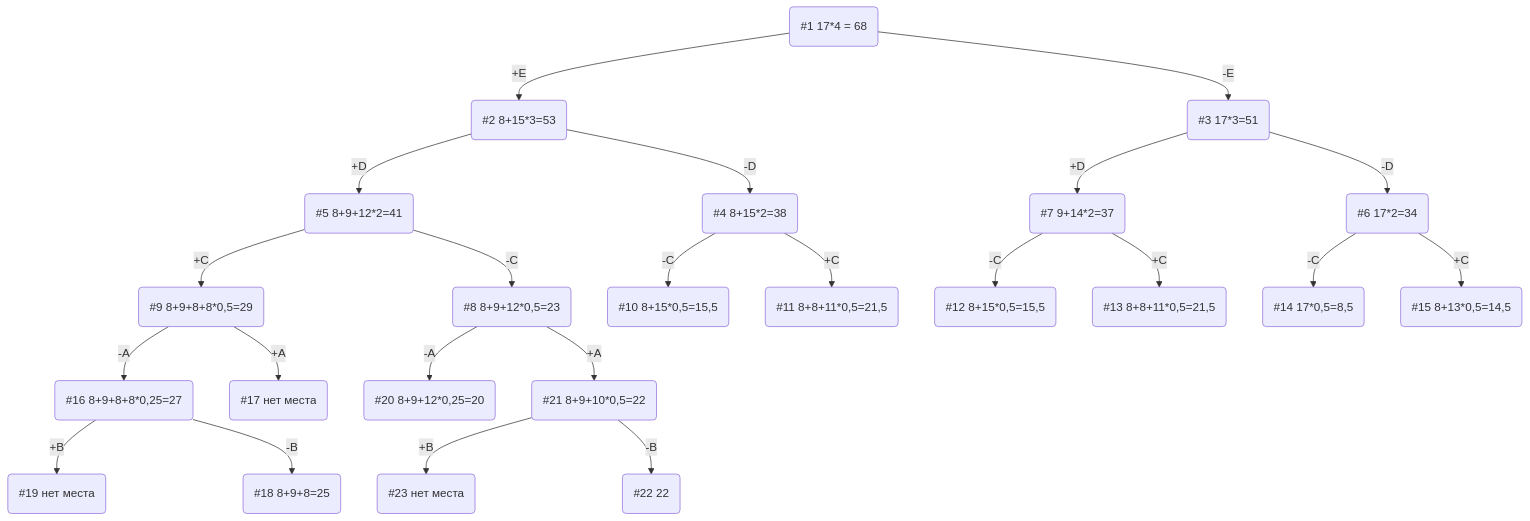
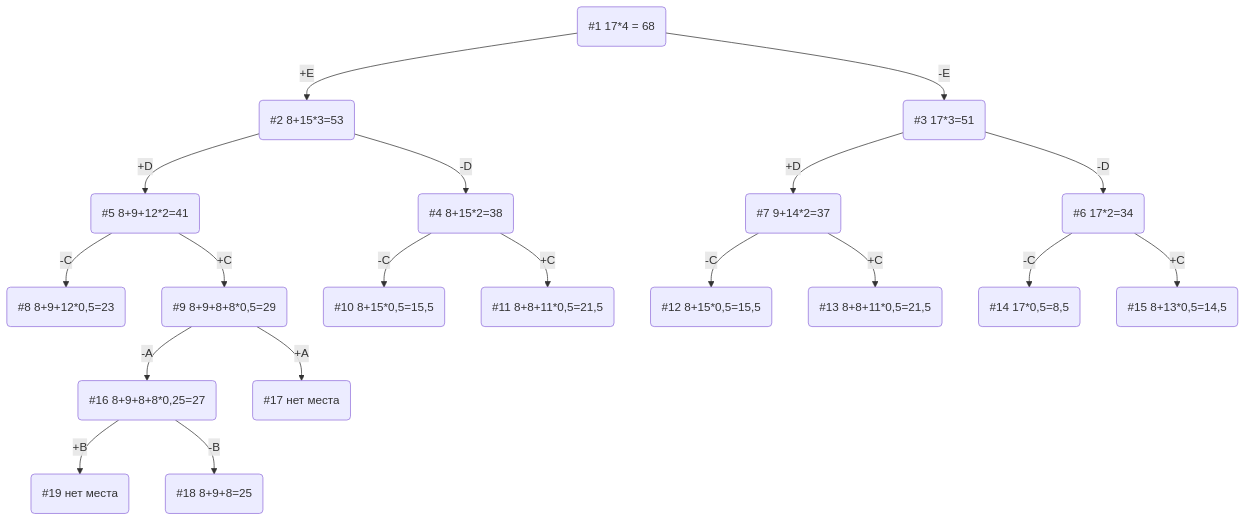
Before and after one commit to hse-algo-24-owl/manual-tasks-owl: the diagram in task-11/synergy.md, drawn with Mermaid.

````diff
--- a/task-11/synergy.md
+++ b/task-11/synergy.md
@@ -37,25 +37,22 @@
 ```mermaid
 graph TB
     1(#1 17*4 = 68)-->|+E|2(#2 8+15*3=53)
     1-->|-E|3(#3 17*3=51)
     2-->|+D|5(#5 8+9+12*2=41)
     2-->|-D|4(#4 8+15*2=38)
     3-->|+D|7(#7 9+14*2=37)
     3-->|-D|6(#6 17*2=34)
     5-->|+C|9(#9 8+9+8+8*0,5=29)
     5-->|-C|8(#8 8+9+12*0,5=23)
     4-->|+C|11(#11 8+8+11*0,5=21,5)
     4-->|-C|10(#10 8+15*0,5=15,5)
     7-->|+C|13(#13 8+8+11*0,5=21,5)
     7-->|-C|12(#12 8+15*0,5=15,5)
     6-->|+C|15(#15 8+13*0,5=14,5)
     6-->|-C|14(#14 17*0,5=8,5)
     9-->|+A|17(#17 нет места)
     9-->|-A|16(#16 8+9+8+8*0,25=27)
     16-->|+B|19(#19 нет места)
     16-->|-B|18(#18 8+9+8=25)
-    8-->|+A|21(#21 8+9+10*0,5=22)
-    8-->|-A|20(#20 8+9+12*0,25=20)
-    21-->|+B|23(#23 нет места)
-    21-->|-B|22(#22 22)   
+
 ```
````
